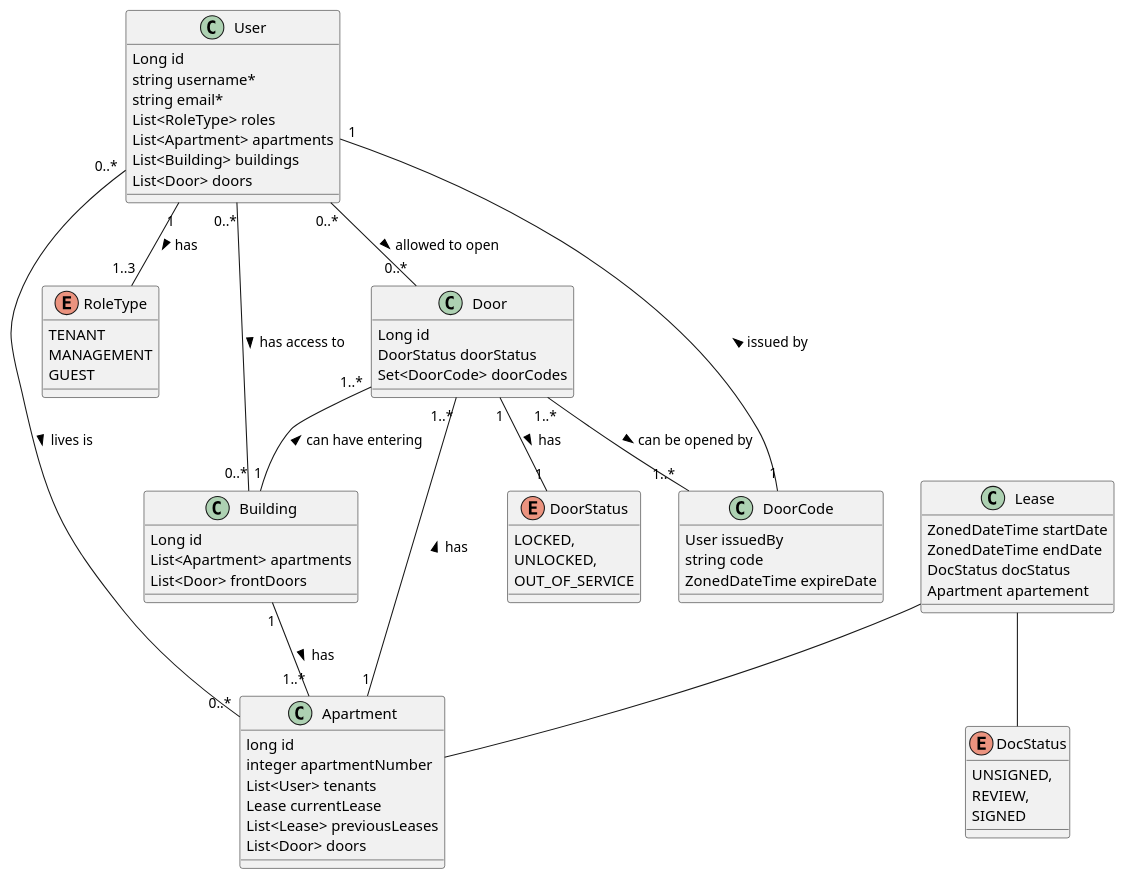
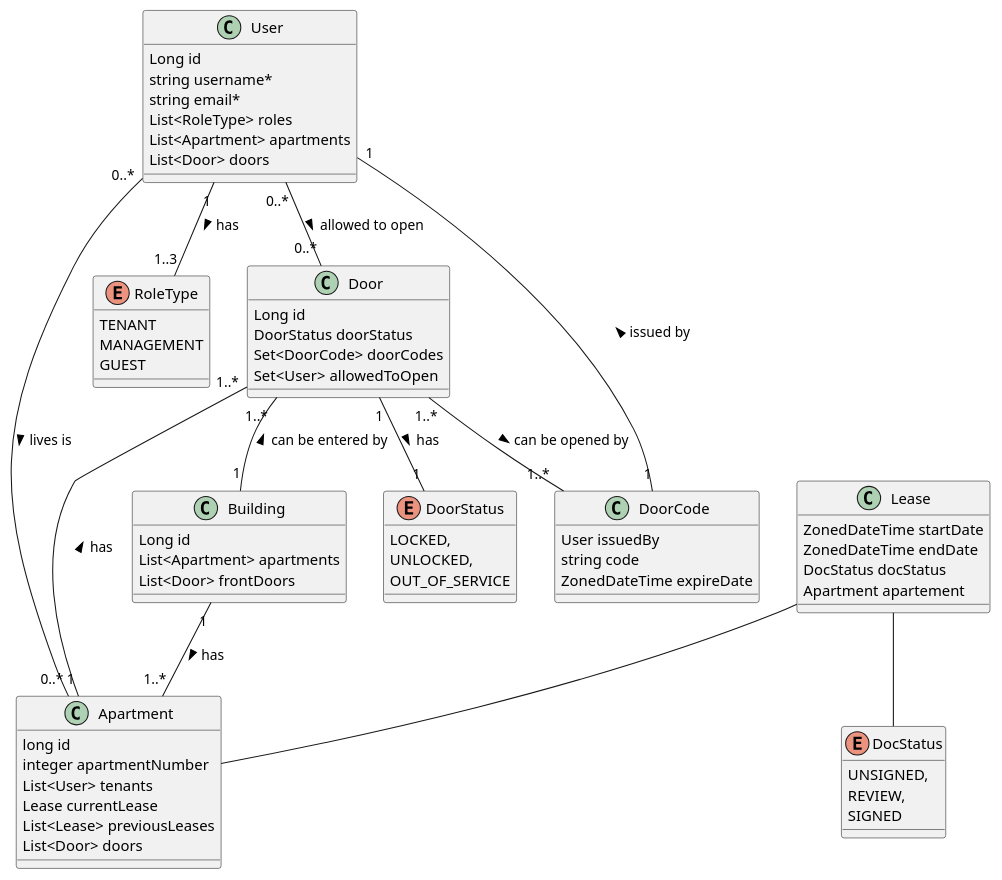
Before and after one commit to seancampbell3161/DSD-app: the diagram in super_backend/model.puml, drawn with PlantUML.

Commit message:
updated diagram

```diff
--- a/super_backend/model.puml
+++ b/super_backend/model.puml
@@ -1,84 +1,83 @@
 @startuml
 class User{
 Long id
 string username*
 string email*
 List<RoleType> roles
 List<Apartment> apartments
-List<Building> buildings
 List<Door> doors
 }
 
 class Apartment {
 long id
 integer apartmentNumber
 List<User> tenants
 Lease currentLease
 List<Lease> previousLeases
 List<Door> doors
 }
 
 enum RoleType{
 TENANT
 MANAGEMENT
 GUEST
 }
 
 
 
 class Lease {
 ZonedDateTime startDate
 ZonedDateTime endDate
 DocStatus docStatus
 Apartment apartement
 }
 
 enum DocStatus {
 UNSIGNED,
 REVIEW,
 SIGNED
 }
 
 class Building {
 Long id
 List<Apartment> apartments
 List<Door> frontDoors
 }
 
 class Door{
 Long id
 DoorStatus doorStatus
 Set<DoorCode> doorCodes
+Set<User> allowedToOpen
 }
 
 enum DoorStatus{
 LOCKED,
 UNLOCKED,
 OUT_OF_SERVICE
 }
 
 class DoorCode {
 User issuedBy
 string code
 ZonedDateTime expireDate
 }
 
 
 
 User "1" -- "1..3" RoleType : > has
 Lease -- DocStatus
 Lease -- Apartment
 User "0..*" -- "0..*" Apartment : > lives is
 Building "1" -- "1..*" Apartment : > has
-Door "1..*" -- "1" Building : < can have entering
+Door "1..*" -- "1" Building : < can be entered by
 Door "1..*" -- "1" Apartment: < has
 Door "1" -- "1" DoorStatus : > has
 Door "1..*" -- "1..*" DoorCode : > can be opened by
 DoorCode "1" -- "1" User :  > issued by
-User "0..*" -- "0..*" Building : > has access to
 User "0..*" -- "0..*" Door : > allowed to open
 
 
 
 
 @enduml
```
